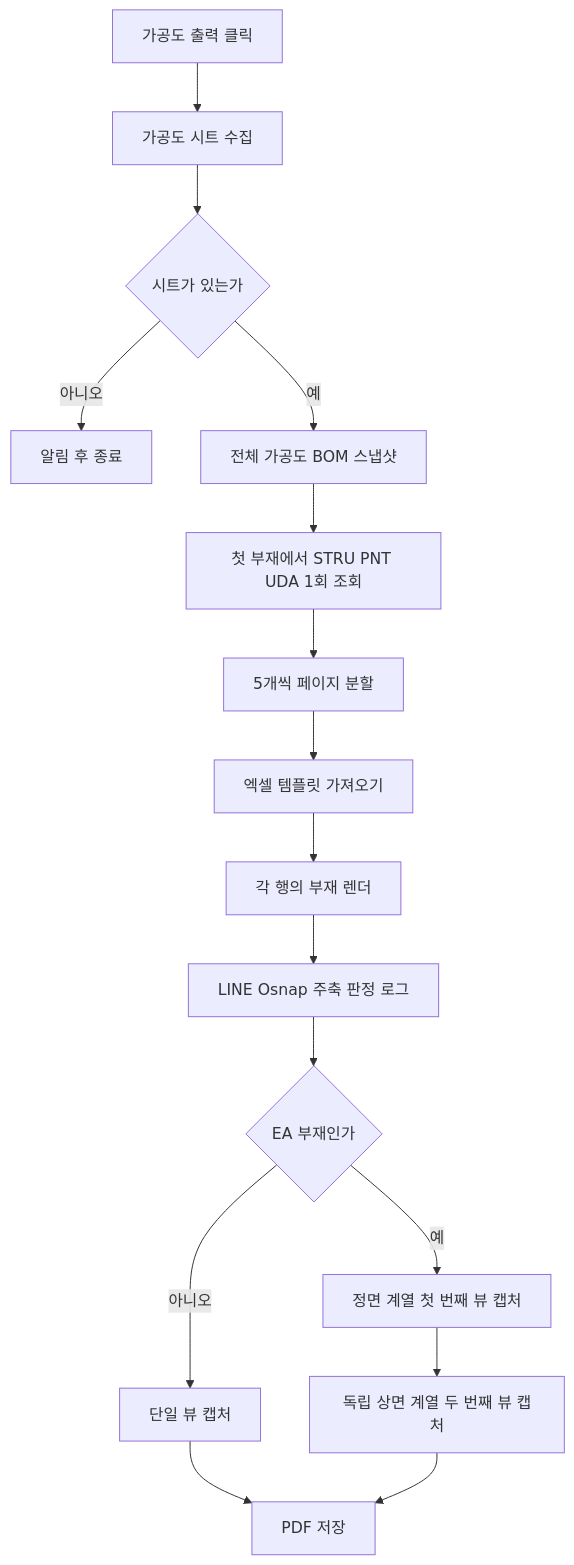
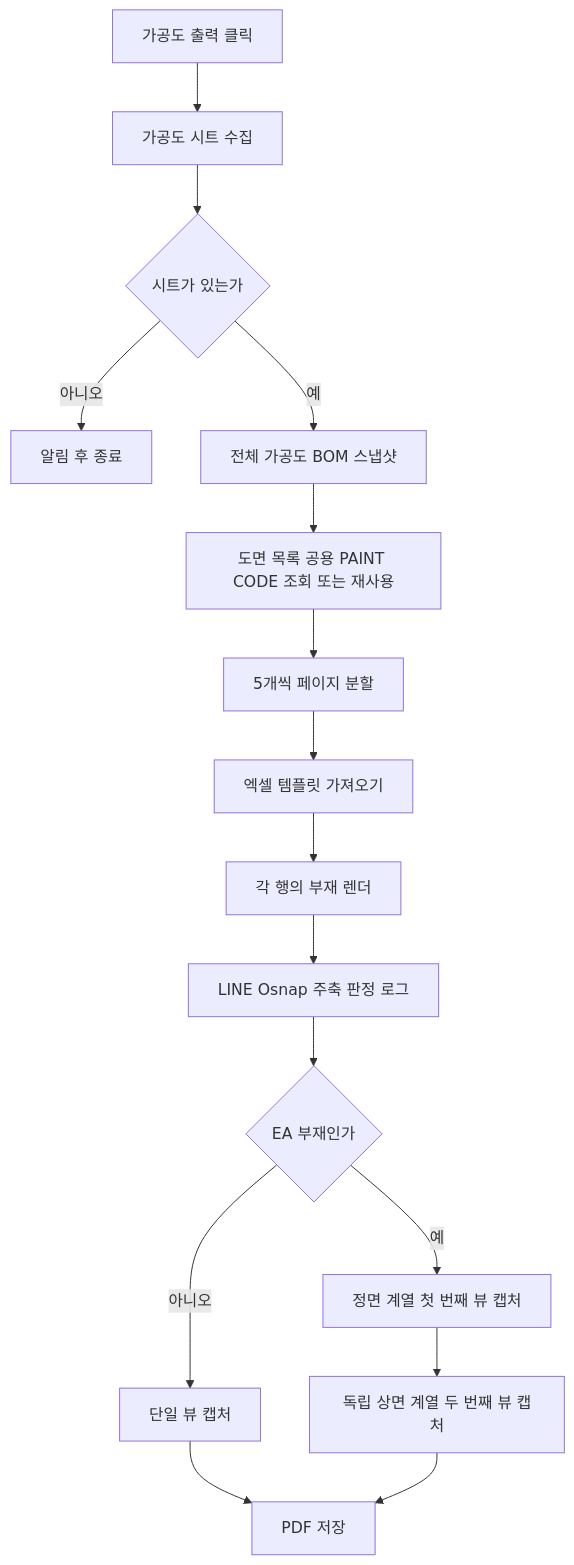
The diagram in docs/기능/가공도/가공도 시트.md (uuuuj/a2z), drawn with Mermaid before and after one commit. The commit also changed other lines of this file and 7 other files, not shown here.

````diff
--- a/docs/기능/가공도/가공도 시트.md
+++ b/docs/기능/가공도/가공도 시트.md
@@ -25,18 +25,18 @@
 ```mermaid
 flowchart TD
     A["가공도 출력 클릭"] --> B["가공도 시트 수집"]
     B --> C{"시트가 있는가"}
     C -- 아니오 --> D["알림 후 종료"]
     C -- 예 --> E["전체 가공도 BOM 스냅샷"]
-    E --> E1["첫 부재에서 STRU PNT UDA 1회 조회"]
+    E --> E1["도면 목록 공용 PAINT CODE 조회 또는 재사용"]
     E1 --> F["5개씩 페이지 분할"]
     F --> G["엑셀 템플릿 가져오기"]
     G --> H["각 행의 부재 렌더"]
     H --> H1["LINE Osnap 주축 판정 로그"]
     H1 --> I{"EA 부재인가"}
     I -- 아니오 --> J["단일 뷰 캡처"]
     I -- 예 --> K["정면 계열 첫 번째 뷰 캡처"]
     K --> L["독립 상면 계열 두 번째 뷰 캡처"]
     J --> M["PDF 저장"]
     L --> M
 ```
````
